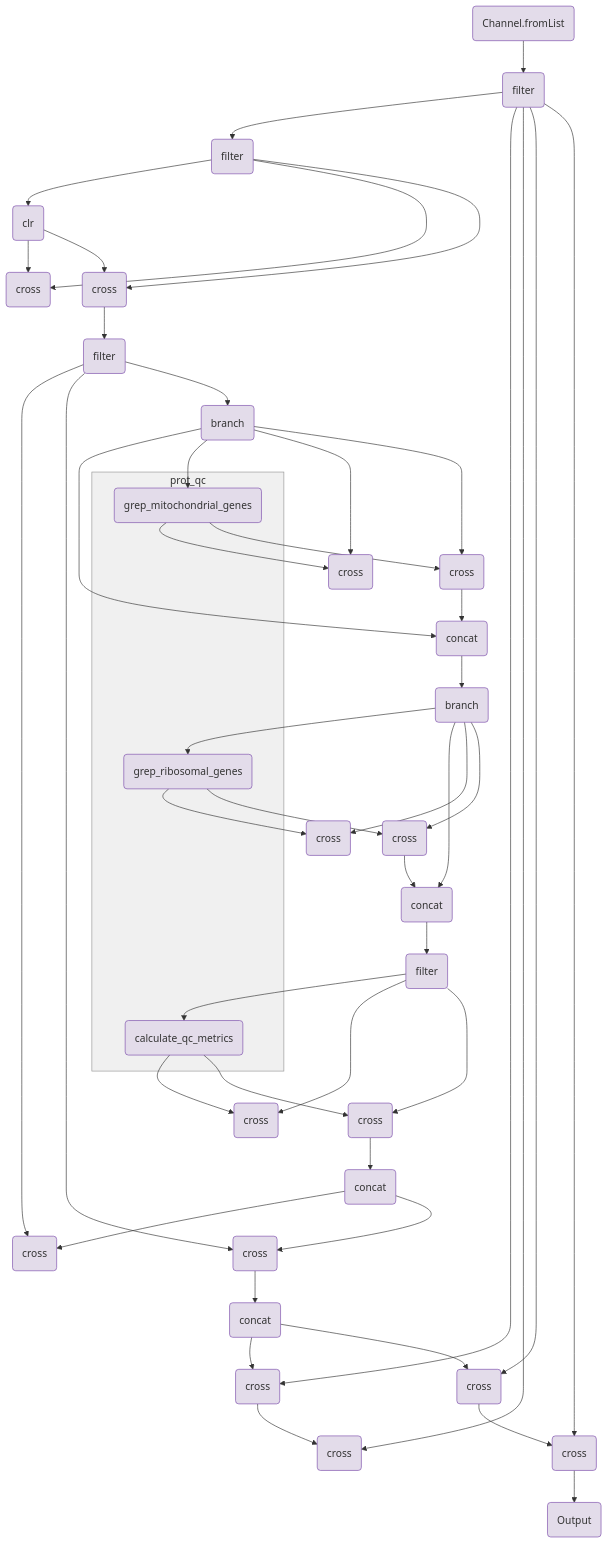
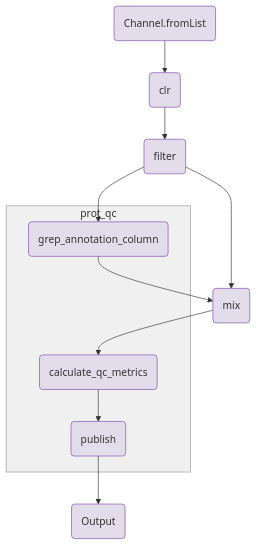
Before and after one commit to openpipelines-bio/website: the diagram in components/workflows/prot/prot_multisample.qmd, drawn with Mermaid. The commit also changed other lines of this file and 144 other files, not shown here.

````diff
--- a/components/workflows/prot/prot_multisample.qmd
+++ b/components/workflows/prot/prot_multisample.qmd
@@ -129,112 +117,31 @@
 ```{mermaid}
 flowchart TB
     v0(Channel.fromList)
-    v2(filter)
-    v10(filter)
     v18(clr)
-    v25(cross)
-    v35(cross)
-    v41(filter)
-    v164(concat)
-    v53(branch)
-    v80(concat)
-    v65(cross)
-    v75(cross)
-    v84(branch)
-    v111(concat)
-    v96(cross)
-    v106(cross)
-    v112(filter)
-    v142(concat)
-    v127(cross)
-    v137(cross)
-    v149(cross)
-    v159(cross)
-    v171(cross)
-    v178(cross)
-    v190(cross)
-    v197(cross)
-    v201(Output)
+    v30(filter)
+    v61(mix)
+    v129(Output)
     subgraph group_prot_qc [prot_qc]
-        v58(grep_mitochondrial_genes)
-        v89(grep_ribosomal_genes)
-        v120(calculate_qc_metrics)
+        v48(grep_annotation_column)
+        v70(calculate_qc_metrics)
+        v90(publish)
     end
-    v53-->v80
-    v84-->v111
-    v111-->v112
-    v0-->v2
-    v2-->v10
-    v10-->v18
-    v18-->v25
-    v10-->v25
-    v10-->v35
-    v53-->v58
-    v58-->v65
-    v53-->v65
-    v53-->v75
-    v75-->v80
-    v84-->v89
-    v89-->v96
-    v84-->v96
-    v84-->v106
-    v106-->v111
-    v112-->v120
-    v120-->v127
-    v112-->v127
-    v112-->v137
-    v137-->v142
-    v142-->v149
-    v41-->v149
-    v41-->v159
-    v159-->v164
-    v164-->v171
-    v2-->v171
-    v171-->v178
-    v2-->v178
-    v2-->v190
-    v190-->v197
-    v2-->v197
-    v197-->v201
-    v35-->v41
-    v18-->v35
-    v41-->v53
-    v58-->v75
-    v80-->v84
-    v89-->v106
-    v120-->v137
-    v142-->v159
-    v164-->v190
+    v0-->v18
+    v18-->v30
+    v30-->v48
+    v48-->v61
+    v30-->v61
+    v61-->v70
+    v70-->v90
+    v90-->v129
     style group_prot_qc fill:#F0F0F0,stroke:#969696;
     style v0 fill:#e3dcea,stroke:#7a4baa;
-    style v2 fill:#e3dcea,stroke:#7a4baa;
-    style v10 fill:#e3dcea,stroke:#7a4baa;
     style v18 fill:#e3dcea,stroke:#7a4baa;
-    style v25 fill:#e3dcea,stroke:#7a4baa;
-    style v35 fill:#e3dcea,stroke:#7a4baa;
-    style v41 fill:#e3dcea,stroke:#7a4baa;
-    style v164 fill:#e3dcea,stroke:#7a4baa;
-    style v53 fill:#e3dcea,stroke:#7a4baa;
-    style v80 fill:#e3dcea,stroke:#7a4baa;
-    style v58 fill:#e3dcea,stroke:#7a4baa;
-    style v65 fill:#e3dcea,stroke:#7a4baa;
-    style v75 fill:#e3dcea,stroke:#7a4baa;
-    style v84 fill:#e3dcea,stroke:#7a4baa;
-    style v111 fill:#e3dcea,stroke:#7a4baa;
-    style v89 fill:#e3dcea,stroke:#7a4baa;
-    style v96 fill:#e3dcea,stroke:#7a4baa;
-    style v106 fill:#e3dcea,stroke:#7a4baa;
-    style v112 fill:#e3dcea,stroke:#7a4baa;
-    style v142 fill:#e3dcea,stroke:#7a4baa;
-    style v120 fill:#e3dcea,stroke:#7a4baa;
-    style v127 fill:#e3dcea,stroke:#7a4baa;
-    style v137 fill:#e3dcea,stroke:#7a4baa;
-    style v149 fill:#e3dcea,stroke:#7a4baa;
-    style v159 fill:#e3dcea,stroke:#7a4baa;
-    style v171 fill:#e3dcea,stroke:#7a4baa;
-    style v178 fill:#e3dcea,stroke:#7a4baa;
-    style v190 fill:#e3dcea,stroke:#7a4baa;
-    style v197 fill:#e3dcea,stroke:#7a4baa;
-    style v201 fill:#e3dcea,stroke:#7a4baa;
+    style v30 fill:#e3dcea,stroke:#7a4baa;
+    style v48 fill:#e3dcea,stroke:#7a4baa;
+    style v61 fill:#e3dcea,stroke:#7a4baa;
+    style v70 fill:#e3dcea,stroke:#7a4baa;
+    style v90 fill:#e3dcea,stroke:#7a4baa;
+    style v129 fill:#e3dcea,stroke:#7a4baa;
 
 ```
````
